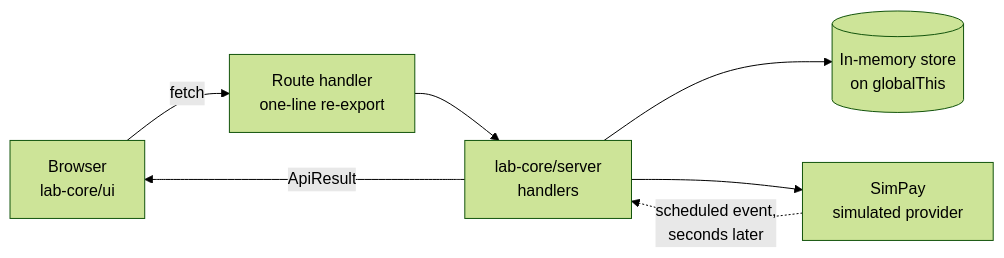
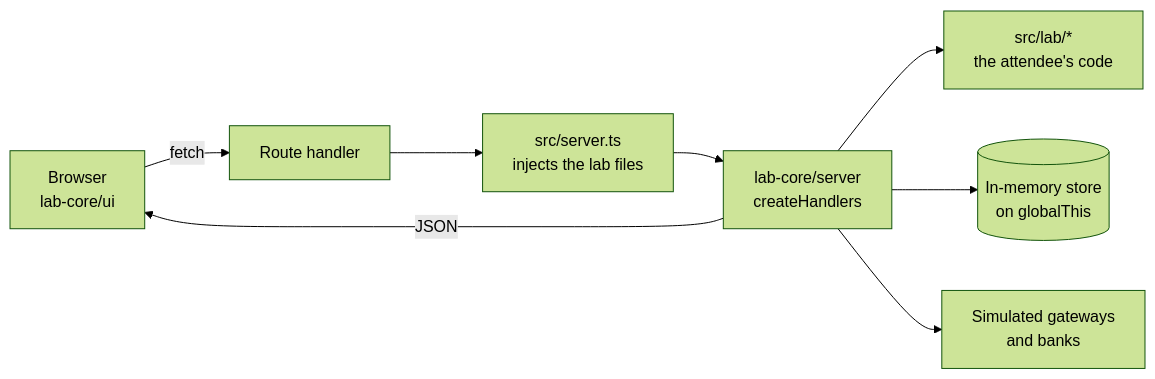
One commit to farisaziz12/payments-workshop changed the diagram in AGENTS.md. Above: the diagram before and after it, drawn with Mermaid (forest theme). The commit also changed other lines of this file and 69 other files, not shown here.

````diff
--- a/AGENTS.md
+++ b/AGENTS.md
@@ -48,9 +69,10 @@
 ```mermaid
 flowchart LR
-    B["Browser<br/>lab-core/ui"] -->|fetch| R["Route handler<br/>one-line re-export"]
-    R --> H["lab-core/server<br/>handlers"]
+    B["Browser<br/>lab-core/ui"] -->|fetch| R["Route handler"]
+    R --> W["src/server.ts<br/>injects the lab files"]
+    W --> H["lab-core/server<br/>createHandlers"]
+    H --> L["src/lab/*<br/>the attendee's code"]
     H --> S[("In-memory store<br/>on globalThis")]
-    H --> P["SimPay<br/>simulated provider"]
-    P -.->|"scheduled event,<br/>seconds later"| H
-    H -->|ApiResult| B
+    H --> G["Simulated gateways<br/>and banks"]
+    H -->|JSON| B
 ```
````
